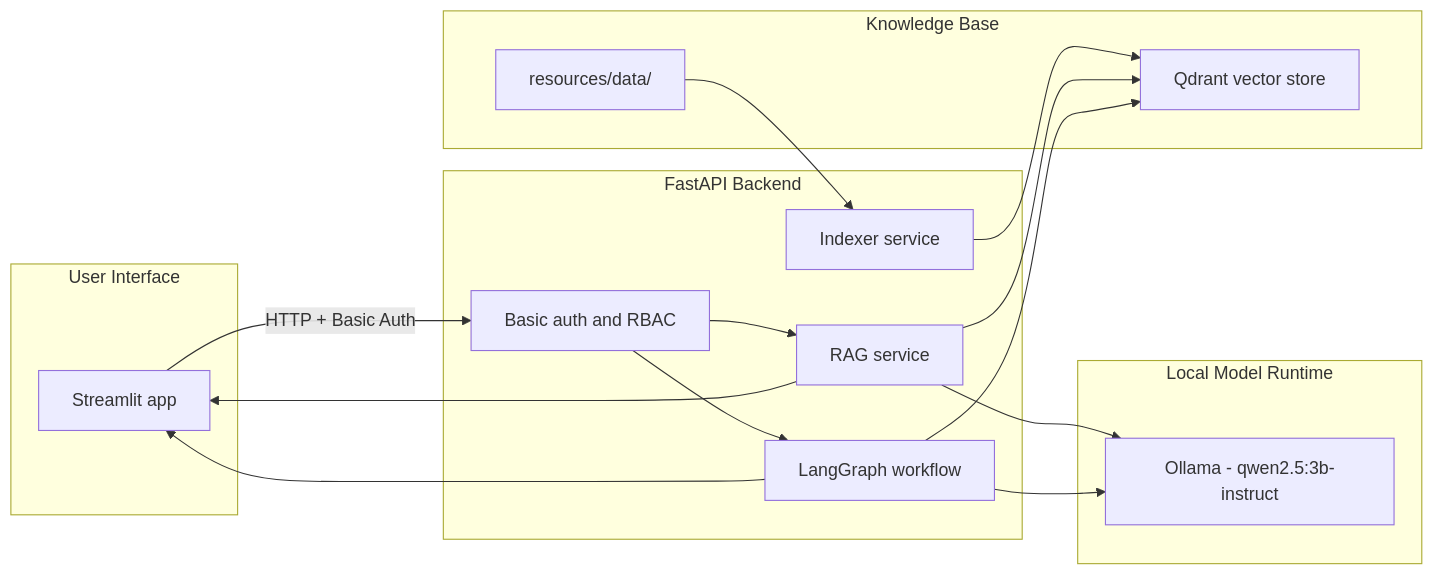
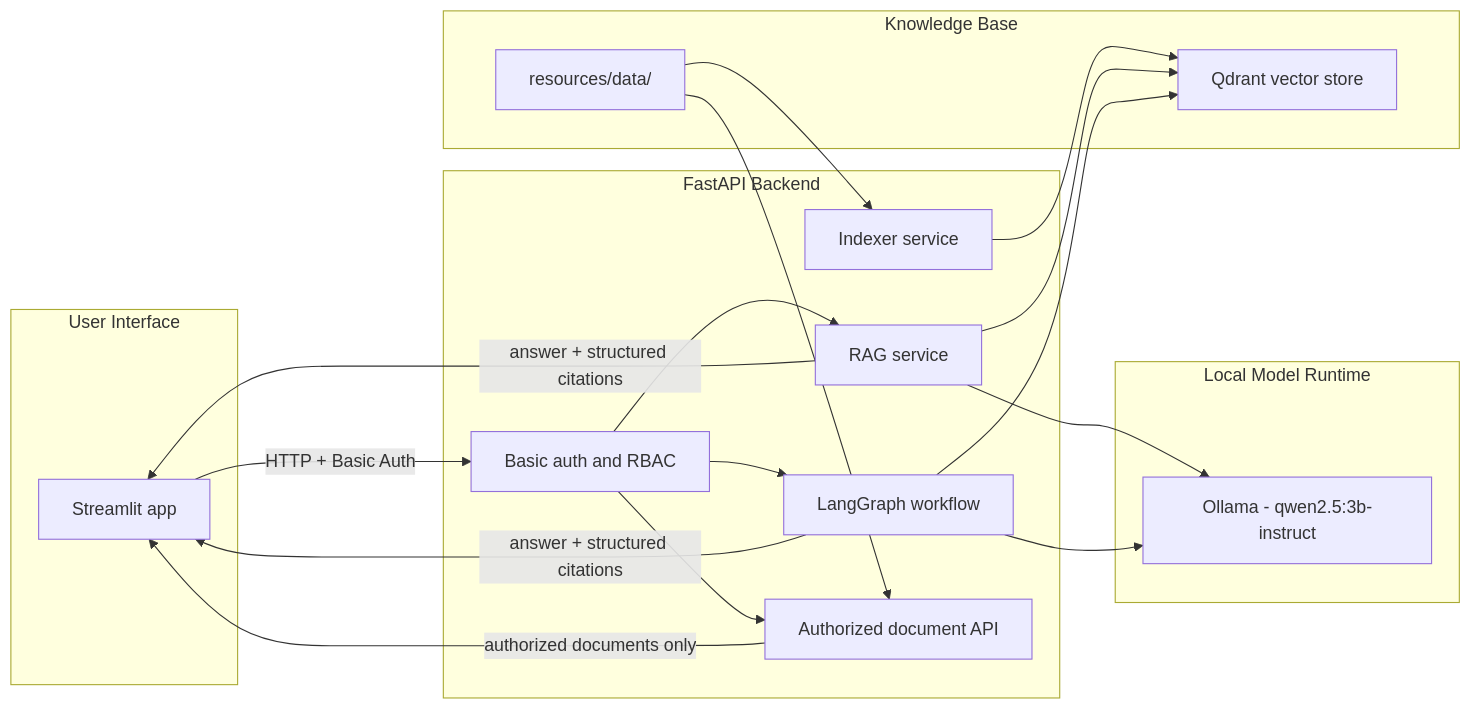
Before and after one commit to oosei25/rbac-rag-assistant-demo: the diagram in README.md, drawn with Mermaid. The commit also changed other lines of this file and 27 other files, not shown here.

````diff
--- a/README.md
+++ b/README.md
@@ -24,34 +24,38 @@
 ```mermaid
 flowchart LR
   subgraph UI["User Interface"]
     Streamlit["Streamlit app"]
   end
 
   subgraph API["FastAPI Backend"]
     Auth["Basic auth and RBAC"]
     Rag["RAG service"]
     Graph["LangGraph workflow"]
     Indexer["Indexer service"]
+    Explorer["Authorized document API"]
   end
 
   subgraph Data["Knowledge Base"]
     Docs["resources/data/<department>"]
     Qdrant["Qdrant vector store"]
   end
 
   subgraph LLM["Local Model Runtime"]
     Ollama["Ollama - qwen2.5:3b-instruct"]
   end
 
   Streamlit -->|"HTTP + Basic Auth"| Auth
   Auth --> Rag
   Auth --> Graph
+  Auth --> Explorer
   Docs --> Indexer
+  Docs --> Explorer
   Indexer --> Qdrant
   Rag --> Qdrant
   Graph --> Qdrant
   Rag --> Ollama
   Graph --> Ollama
-  Rag --> Streamlit
-  Graph --> Streamlit
+  Rag -->|"answer + structured citations"| Streamlit
+  Graph -->|"answer + structured citations"| Streamlit
+  Explorer -->|"authorized documents only"| Streamlit
 ```
````
